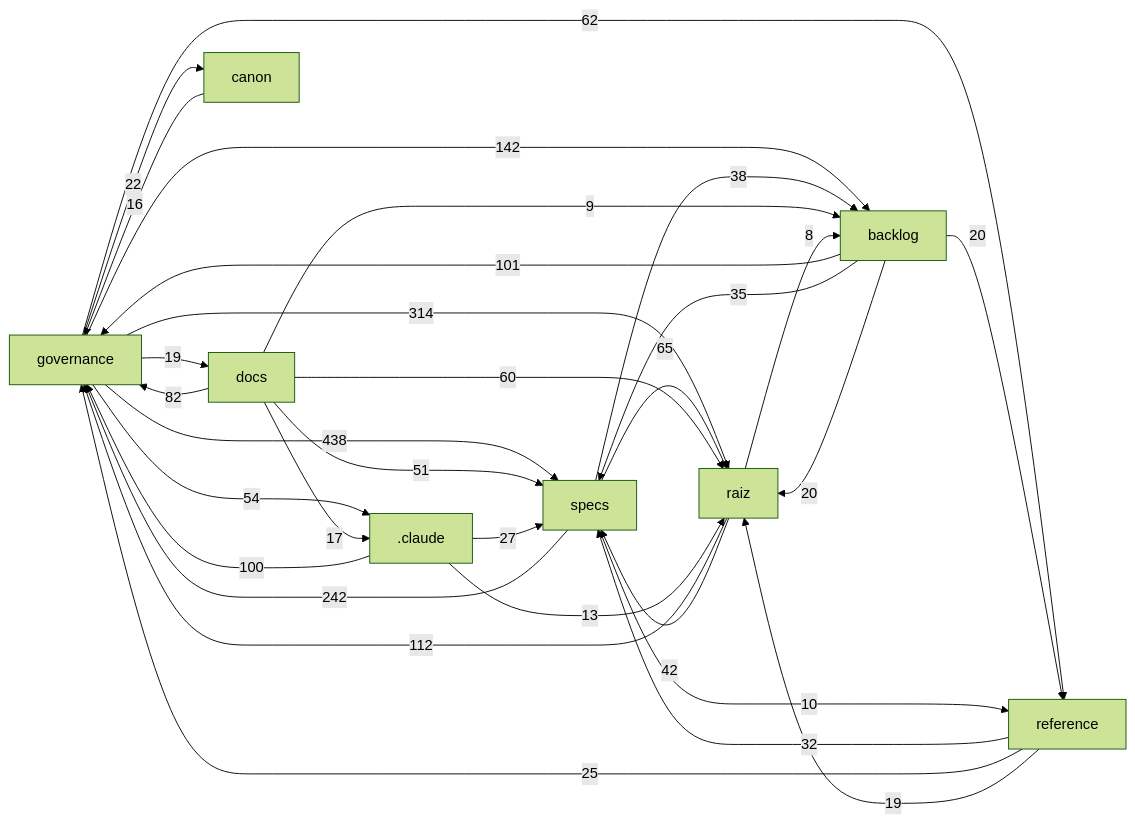
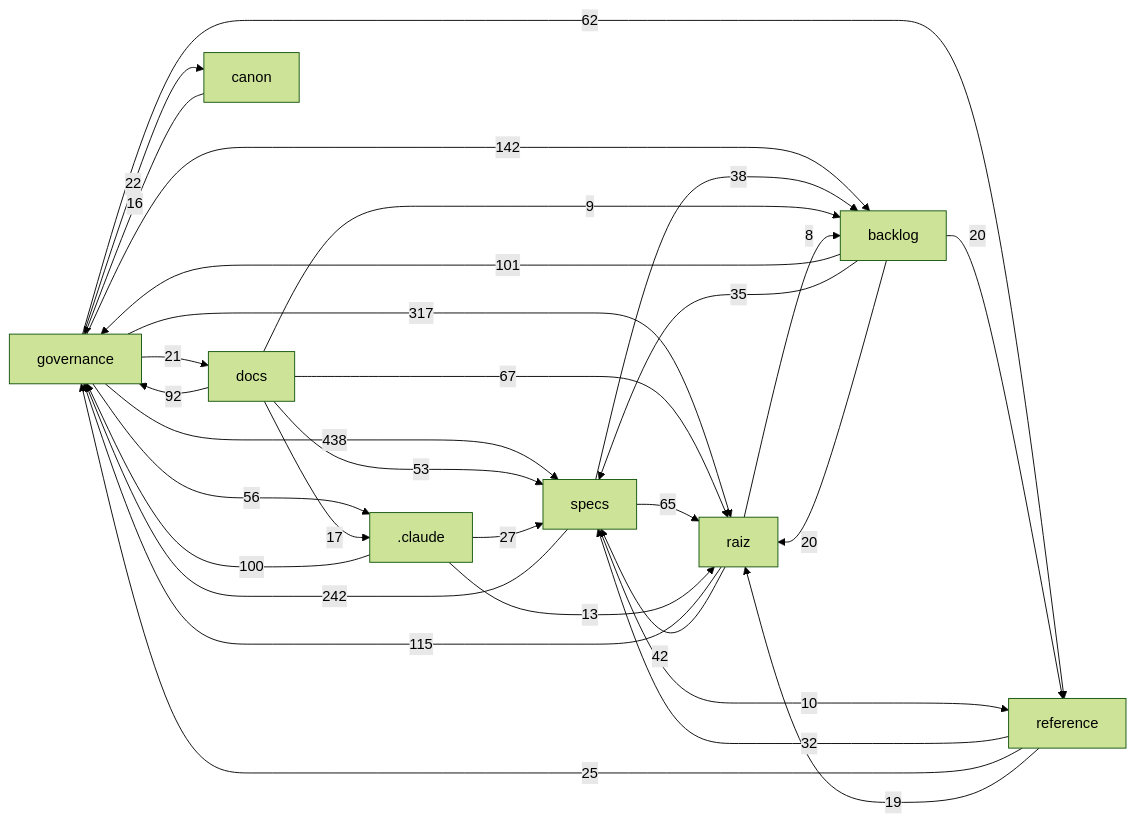
One commit to Andraus35/Sistema-Operacional-de-Trading--SOT changed the diagram in docs/mapa/MAPA-PROJETO.md. Above: the diagram before and after it, drawn with Mermaid (forest theme). The commit also changed other lines of this file and 9 other files, not shown here.

````diff
--- a/docs/mapa/MAPA-PROJETO.md
+++ b/docs/mapa/MAPA-PROJETO.md
@@ -29,33 +29,33 @@
 ```mermaid
 flowchart LR
   governance["governance"] -->|438| specs["specs"]
-  governance["governance"] -->|314| raiz["raiz"]
+  governance["governance"] -->|317| raiz["raiz"]
   specs["specs"] -->|242| governance["governance"]
   governance["governance"] -->|142| backlog["backlog"]
-  raiz["raiz"] -->|112| governance["governance"]
+  raiz["raiz"] -->|115| governance["governance"]
   backlog["backlog"] -->|101| governance["governance"]
   _claude[".claude"] -->|100| governance["governance"]
-  docs["docs"] -->|82| governance["governance"]
+  docs["docs"] -->|92| governance["governance"]
+  docs["docs"] -->|67| raiz["raiz"]
   specs["specs"] -->|65| raiz["raiz"]
   governance["governance"] -->|62| reference["reference"]
-  docs["docs"] -->|60| raiz["raiz"]
-  governance["governance"] -->|54| _claude[".claude"]
-  docs["docs"] -->|51| specs["specs"]
+  governance["governance"] -->|56| _claude[".claude"]
+  docs["docs"] -->|53| specs["specs"]
   raiz["raiz"] -->|42| specs["specs"]
   specs["specs"] -->|38| backlog["backlog"]
   backlog["backlog"] -->|35| specs["specs"]
   reference["reference"] -->|32| specs["specs"]
   _claude[".claude"] -->|27| specs["specs"]
   reference["reference"] -->|25| governance["governance"]
   governance["governance"] -->|22| canon["canon"]
+  governance["governance"] -->|21| docs["docs"]
   backlog["backlog"] -->|20| raiz["raiz"]
   backlog["backlog"] -->|20| reference["reference"]
-  governance["governance"] -->|19| docs["docs"]
   reference["reference"] -->|19| raiz["raiz"]
   docs["docs"] -->|17| _claude[".claude"]
   canon["canon"] -->|16| governance["governance"]
   _claude[".claude"] -->|13| raiz["raiz"]
   specs["specs"] -->|10| reference["reference"]
   docs["docs"] -->|9| backlog["backlog"]
   raiz["raiz"] -->|8| backlog["backlog"]
 ```
````
